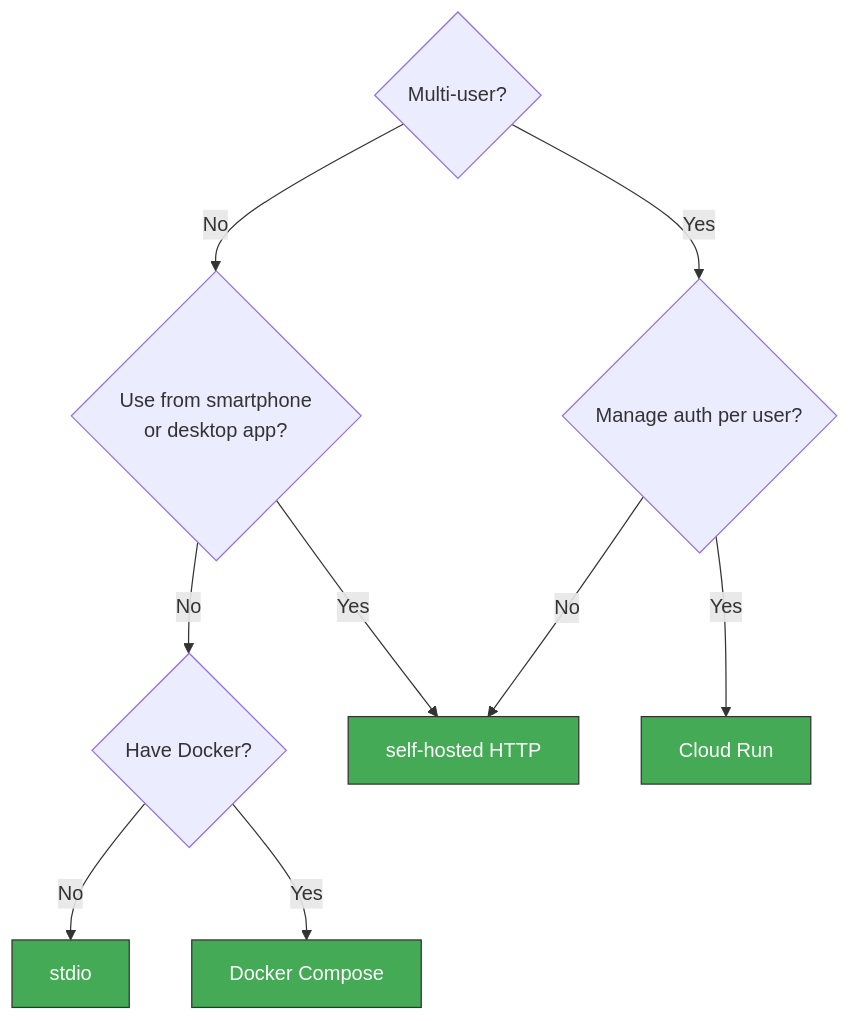
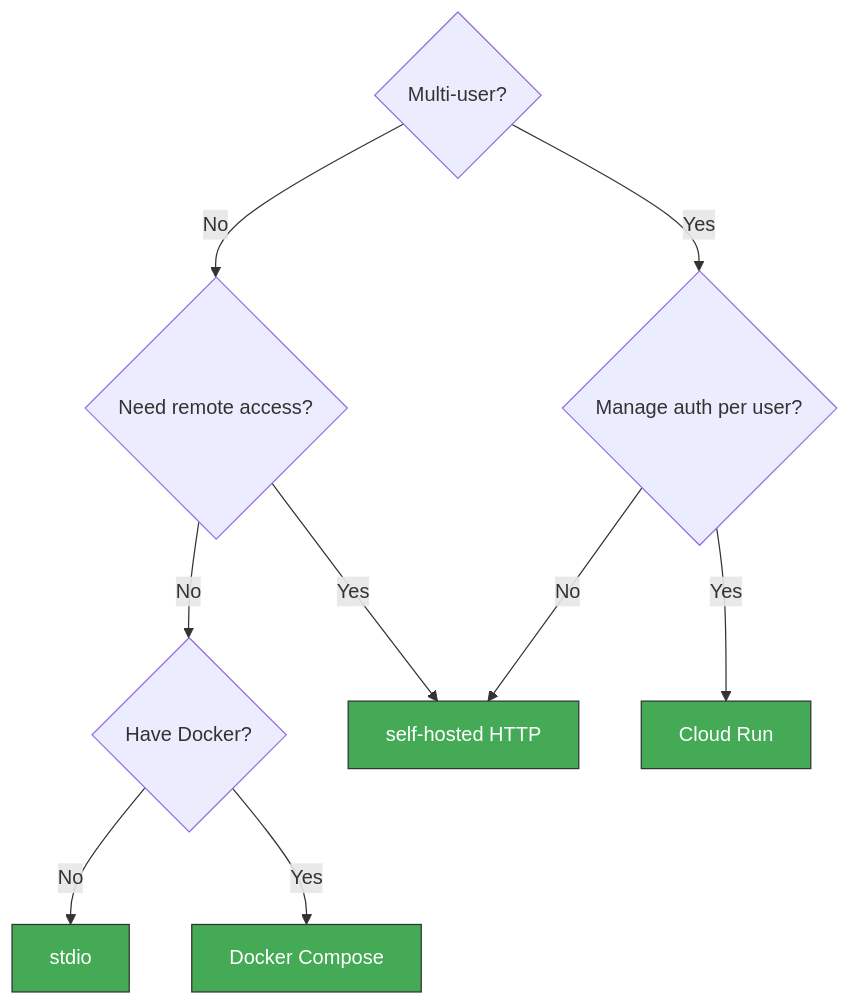
The first of 5 diagrams in docs/deploy/README.md (shigechika/jquants-mcp), drawn with Mermaid before and after one commit. The commit also changed 1 other file, not shown here.

Commit message:
docs: simplify Q2 label to 'Need remote access?' / 'リモートアクセスしたい？'

````diff
--- a/docs/deploy/README.md
+++ b/docs/deploy/README.md
@@ -14,20 +14,20 @@
 ```mermaid
 flowchart TD
     Q1{"Multi-user?"}
-    Q1 -->|No| Q2{"Use from smartphone<br/>or desktop app?"}
+    Q1 -->|No| Q2{"Need remote access?"}
     Q1 -->|Yes| Q3{"Manage auth per user?"}
 
     Q2 -->|No| Q4{"Have Docker?"}
     Q2 -->|Yes| R3["self-hosted HTTP"]
 
     Q4 -->|No| R2["stdio"]
     Q4 -->|Yes| R1["Docker Compose"]
 
     Q3 -->|No| R3
     Q3 -->|Yes| R4["Cloud Run"]
 
     style R1 fill:#4a5,stroke:#333,color:#fff
     style R2 fill:#4a5,stroke:#333,color:#fff
     style R3 fill:#4a5,stroke:#333,color:#fff
     style R4 fill:#4a5,stroke:#333,color:#fff
 ```
````
